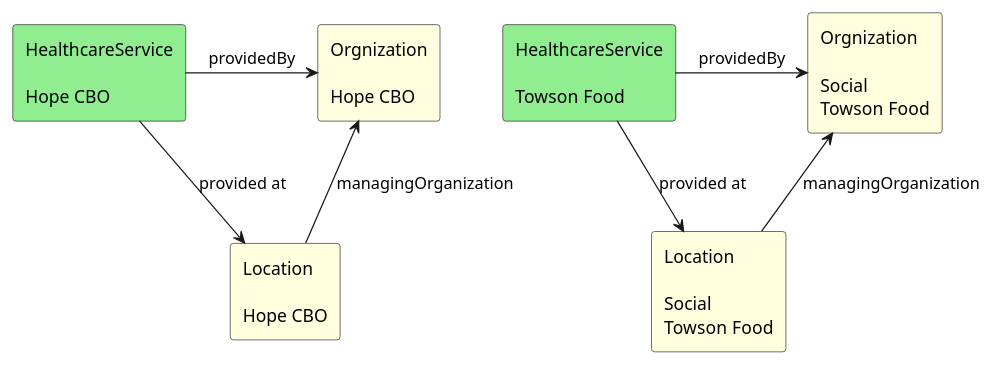
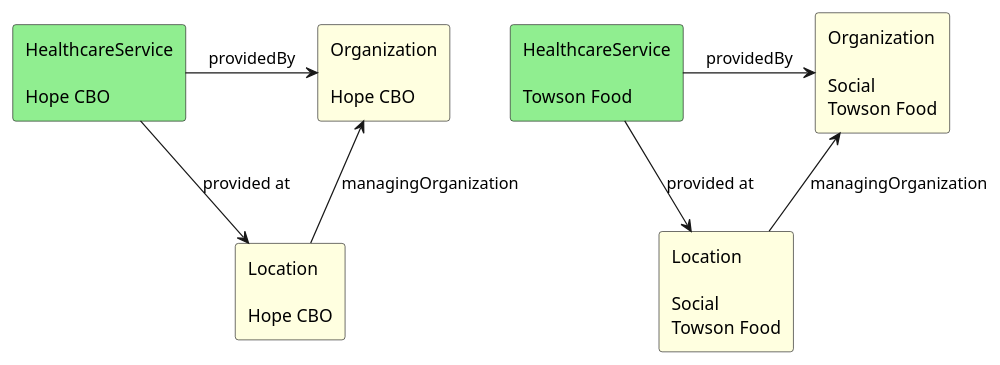
Before and after one commit to HL7/fhir-us-ndh: the diagram in input/images-source/UseCaseCBO.plantuml, drawn with PlantUML. The commit also changed 14 other files, not shown here.

```diff
--- a/input/images-source/UseCaseCBO.plantuml
+++ b/input/images-source/UseCaseCBO.plantuml
@@ -1,22 +1,22 @@
 @startuml
 
 agent #LightGreen "HealthcareService\n\nTowson Food" as Service
-agent #LightYellow "Orgnization\n\nSocial\nTowson Food" as Orgnization
+agent #LightYellow "Organization\n\nSocial\nTowson Food" as Organization
 agent #LightYellow "Location\n\nSocial\nTowson Food" as Location
 
 agent #LightGreen "HealthcareService\n\nHope CBO" as Service1
-agent #LightYellow "Orgnization\n\nHope CBO" as Orgnization1
+agent #LightYellow "Organization\n\nHope CBO" as Organization1
 agent #LightYellow "Location\n\nHope CBO" as Location1
 
 
-Service -right-> Orgnization: providedBy
+Service -right-> Organization: providedBy
 Service -down-> Location: provided at
-Location -up-> Orgnization: managingOrganization
+Location -up-> Organization: managingOrganization
 
-Service1 -right-> Orgnization1: providedBy
+Service1 -right-> Organization1: providedBy
 Service1 -down-> Location1: provided at
-Location1 -up-> Orgnization1: managingOrganization
+Location1 -up-> Organization1: managingOrganization
 
 
 
 @enduml
```
